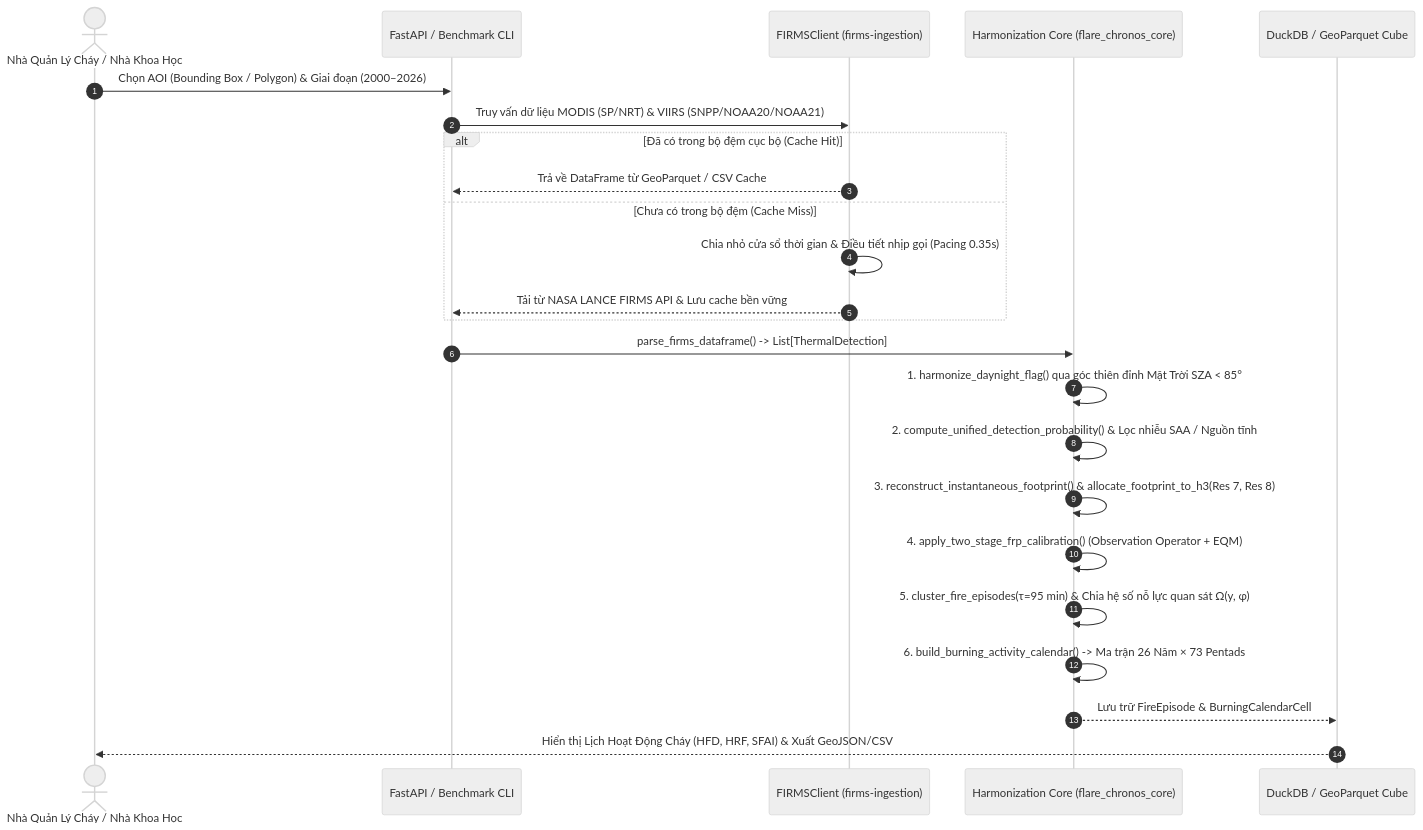
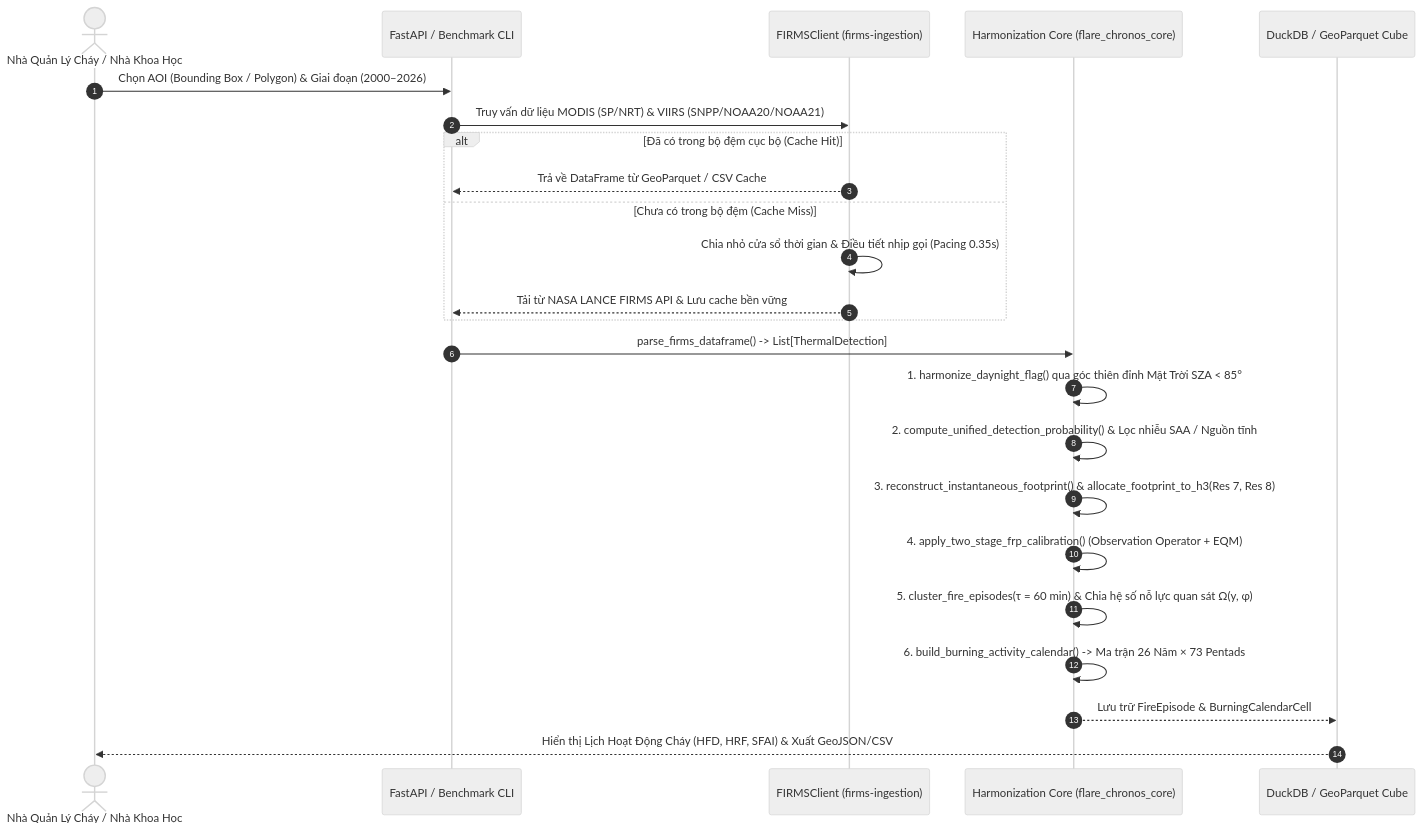
One commit to the-aris-club/flare-chronos changed the second of 2 diagrams in docs/03_System_Architecture_and_Data_Pipeline.md. Above: the diagram before and after it, drawn with Mermaid (neutral theme). The commit also changed other lines of this file and 23 other files, not shown here.

````diff
--- a/docs/03_System_Architecture_and_Data_Pipeline.md
+++ b/docs/03_System_Architecture_and_Data_Pipeline.md
@@ -145,28 +145,28 @@
 ```mermaid
 sequenceDiagram
     autonumber
     actor User as Nhà Quản Lý Cháy / Nhà Khoa Học
     participant API as FastAPI / Benchmark CLI
     participant Ingest as FIRMSClient (firms-ingestion)
     participant Core as Harmonization Core (flare_chronos_core)
     participant DB as DuckDB / GeoParquet Cube
 
     User->>API: Chọn AOI (Bounding Box / Polygon) & Giai đoạn (2000–2026)
     API->>Ingest: Truy vấn dữ liệu MODIS (SP/NRT) & VIIRS (SNPP/NOAA20/NOAA21)
     alt Đã có trong bộ đệm cục bộ (Cache Hit)
         Ingest-->>API: Trả về DataFrame từ GeoParquet / CSV Cache
     else Chưa có trong bộ đệm (Cache Miss)
         Ingest->>Ingest: Chia nhỏ cửa sổ thời gian & Điều tiết nhịp gọi (Pacing 0.35s)
         Ingest-->>API: Tải từ NASA LANCE FIRMS API & Lưu cache bền vững
     end
 
     API->>Core: parse_firms_dataframe() -> List[ThermalDetection]
     Core->>Core: 1. harmonize_daynight_flag() qua góc thiên đỉnh Mặt Trời SZA < 85°
     Core->>Core: 2. compute_unified_detection_probability() & Lọc nhiễu SAA / Nguồn tĩnh
     Core->>Core: 3. reconstruct_instantaneous_footprint() & allocate_footprint_to_h3(Res 7, Res 8)
     Core->>Core: 4. apply_two_stage_frp_calibration() (Observation Operator + EQM)
-    Core->>Core: 5. cluster_fire_episodes(τ=95 min) & Chia hệ số nỗ lực quan sát Ω(y, φ)
+    Core->>Core: 5. cluster_fire_episodes(τ = 60 min) & Chia hệ số nỗ lực quan sát Ω(y, φ)
     Core->>Core: 6. build_burning_activity_calendar() -> Ma trận 26 Năm × 73 Pentads
     Core-->>DB: Lưu trữ FireEpisode & BurningCalendarCell
     DB-->>User: Hiển thị Lịch Hoạt Động Cháy (HFD, HRF, SFAI) & Xuất GeoJSON/CSV
 ```
````
